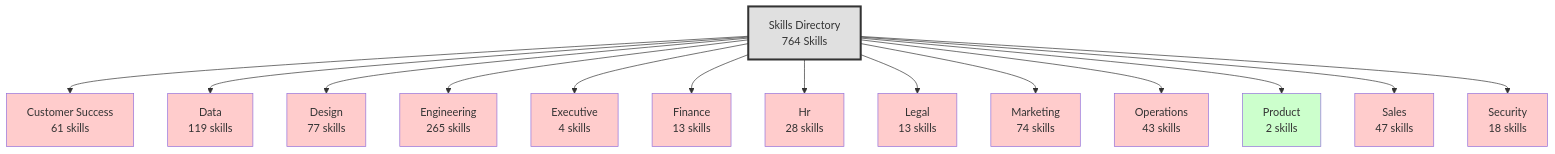
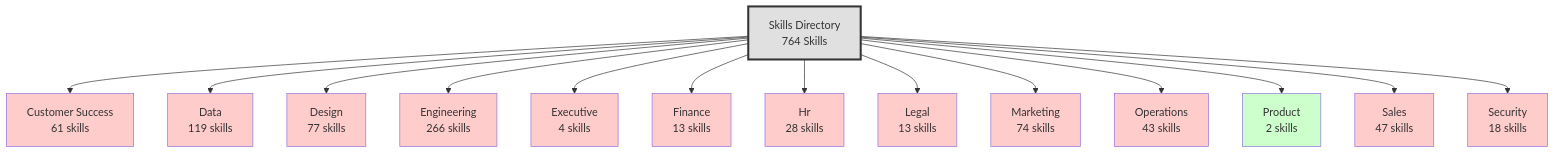
The first of 2 diagrams in docs/skill-tree.md (SkeneTechnologies/skene-cookbook), drawn with Mermaid before and after one commit. The commit also changed other lines of this file and 2972 other files, not shown here.

````diff
--- a/docs/skill-tree.md
+++ b/docs/skill-tree.md
@@ -5,33 +5,33 @@
 ```mermaid
 graph TD
     Root[Skills Directory<br/>764 Skills]
 
     Root --> customer_success[Customer Success<br/>61 skills]
     style customer_success fill:#ffcccc
     Root --> data[Data<br/>119 skills]
     style data fill:#ffcccc
     Root --> design[Design<br/>77 skills]
     style design fill:#ffcccc
-    Root --> engineering[Engineering<br/>265 skills]
+    Root --> engineering[Engineering<br/>266 skills]
     style engineering fill:#ffcccc
     Root --> executive[Executive<br/>4 skills]
     style executive fill:#ffcccc
     Root --> finance[Finance<br/>13 skills]
     style finance fill:#ffcccc
     Root --> hr[Hr<br/>28 skills]
     style hr fill:#ffcccc
     Root --> legal[Legal<br/>13 skills]
     style legal fill:#ffcccc
     Root --> marketing[Marketing<br/>74 skills]
     style marketing fill:#ffcccc
     Root --> operations[Operations<br/>43 skills]
     style operations fill:#ffcccc
     Root --> product[Product<br/>2 skills]
     style product fill:#ccffcc
     Root --> sales[Sales<br/>47 skills]
     style sales fill:#ffcccc
     Root --> security[Security<br/>18 skills]
     style security fill:#ffcccc
 
     style Root fill:#e0e0e0,stroke:#333,stroke-width:3px
 ```
````
